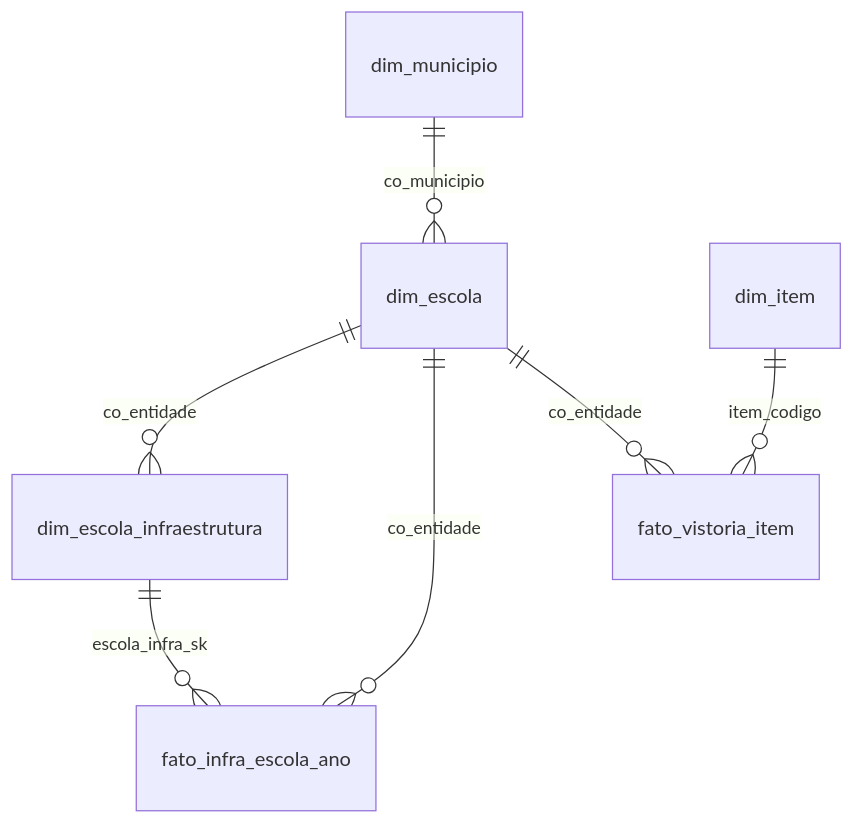
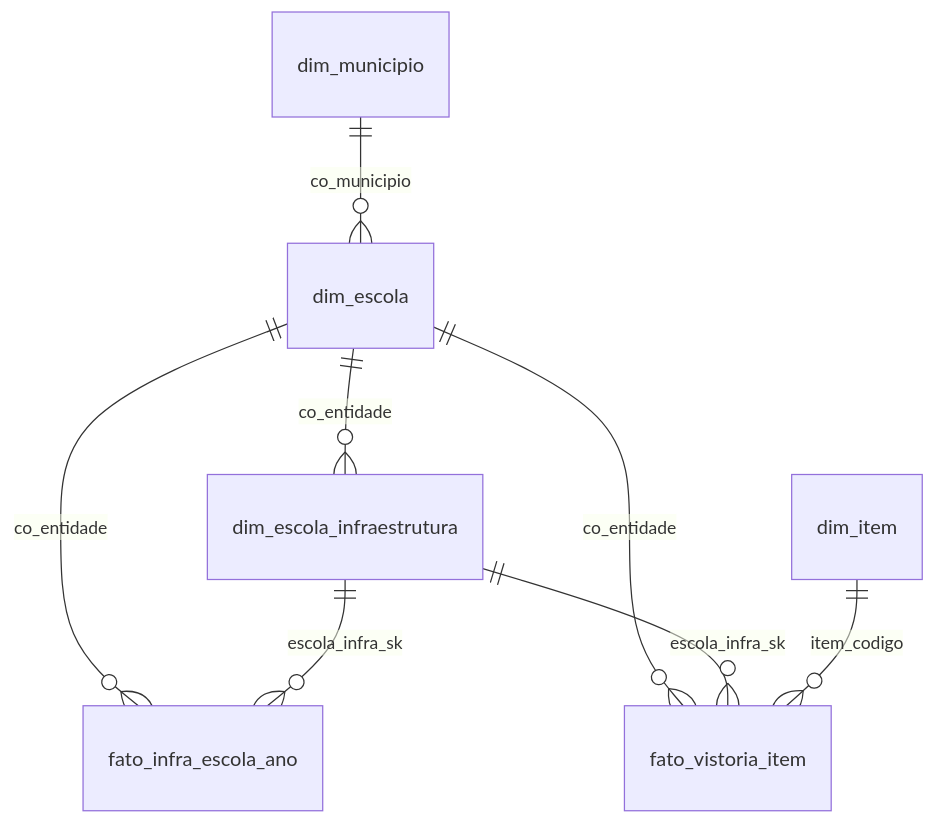
Before and after one commit to daviegito/bd2_2026_2_eduinfra: the diagram in docs/modelo-analitico.md, drawn with Mermaid. The commit also changed other lines of this file and 2 other files, not shown here.

First line of the commit message:
fix(e3): casos de borda do SCD, retrato único da origem e fato fino com versão

````diff
--- a/docs/modelo-analitico.md
+++ b/docs/modelo-analitico.md
@@ -36,9 +56,10 @@
 ```mermaid
 erDiagram
     dim_municipio ||--o{ dim_escola : "co_municipio"
     dim_escola ||--o{ dim_escola_infraestrutura : "co_entidade"
     dim_escola ||--o{ fato_infra_escola_ano : "co_entidade"
     dim_escola_infraestrutura ||--o{ fato_infra_escola_ano : "escola_infra_sk"
     dim_escola ||--o{ fato_vistoria_item : "co_entidade"
+    dim_escola_infraestrutura ||--o{ fato_vistoria_item : "escola_infra_sk"
     dim_item ||--o{ fato_vistoria_item : "item_codigo"
 ```
````
